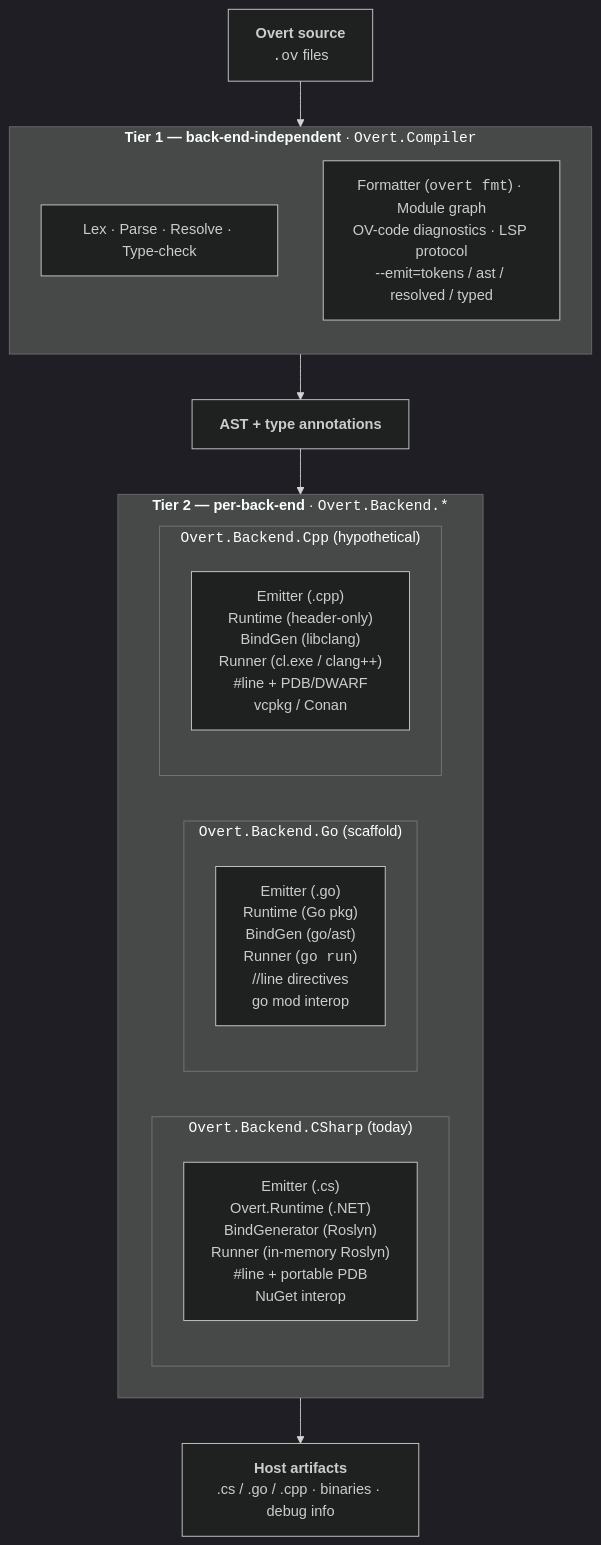
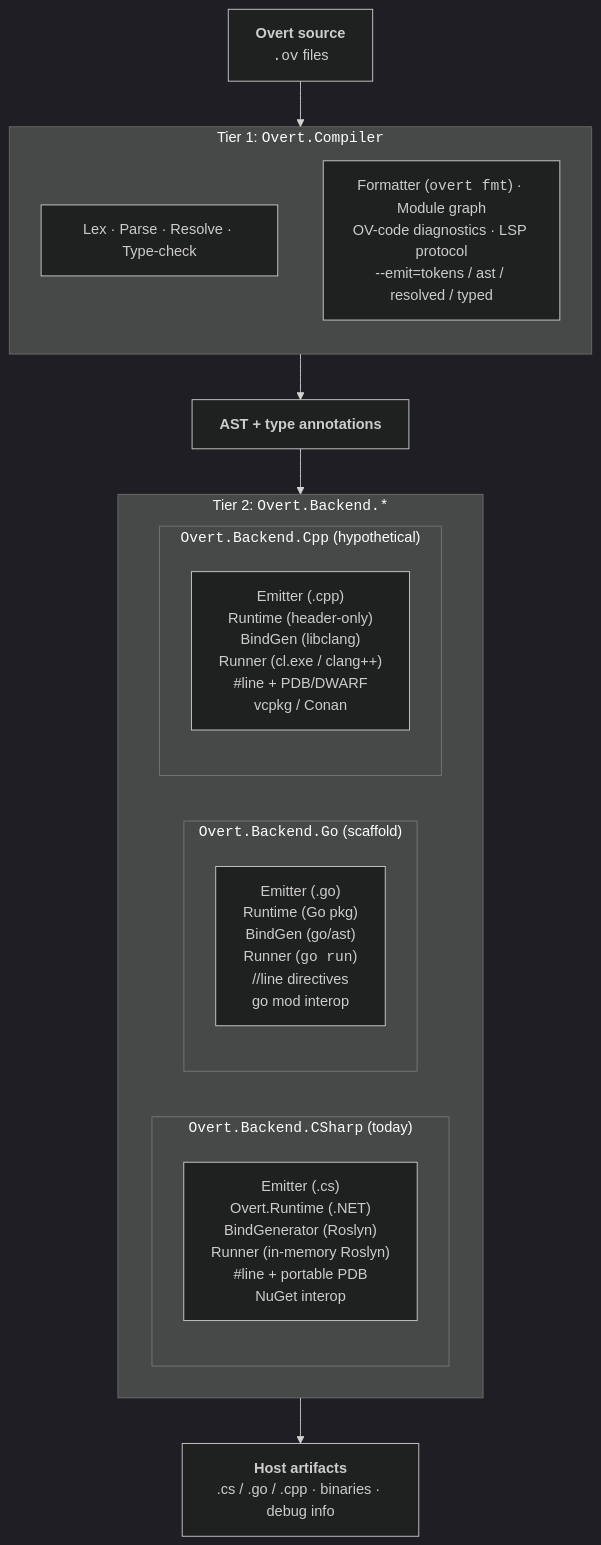
The diagram in DESIGN.md (paulmooreparks/Overt), drawn with Mermaid (dark theme) before and after one commit.

Commit message:
Prose sweep (batch 5): simplify tier subgraph titles in DESIGN §18
Drops the redundant "Tier 1 -- back-end-independent" / "Tier 2 --
per-back-end" phrasings from the tier-split mermaid diagram; the
surrounding prose already labels them that way, and the project
path below each title makes the scope obvious.

````diff
--- a/DESIGN.md
+++ b/DESIGN.md
@@ -1035,32 +1035,32 @@
 ```mermaid
 flowchart TB
     src["<b>Overt source</b><br/><code>.ov</code> files"]
 
-    subgraph tier1 ["<b>Tier 1 — back-end-independent</b> · <code>Overt.Compiler</code>"]
+    subgraph tier1 ["Tier 1: <code>Overt.Compiler</code>"]
         direction TB
         pipe["Lex · Parse · Resolve · Type-check"]
         shared["Formatter (<code>overt fmt</code>) · Module graph<br/>OV-code diagnostics · LSP protocol<br/>--emit=tokens / ast / resolved / typed"]
     end
 
     ast["<b>AST + type annotations</b>"]
 
-    subgraph tier2 ["<b>Tier 2 — per-back-end</b> · <code>Overt.Backend.*</code>"]
+    subgraph tier2 ["Tier 2: <code>Overt.Backend.*</code>"]
         direction LR
         subgraph cs ["<code>Overt.Backend.CSharp</code> (today)"]
             cs1["Emitter (.cs)<br/>Overt.Runtime (.NET)<br/>BindGenerator (Roslyn)<br/>Runner (in-memory Roslyn)<br/>#line + portable PDB<br/>NuGet interop"]
         end
         subgraph go ["<code>Overt.Backend.Go</code> (scaffold)"]
             go1["Emitter (.go)<br/>Runtime (Go pkg)<br/>BindGen (go/ast)<br/>Runner (<code>go run</code>)<br/>//line directives<br/>go mod interop"]
         end
         subgraph cpp ["<code>Overt.Backend.Cpp</code> (hypothetical)"]
             cpp1["Emitter (.cpp)<br/>Runtime (header-only)<br/>BindGen (libclang)<br/>Runner (cl.exe / clang++)<br/>#line + PDB/DWARF<br/>vcpkg / Conan"]
         end
     end
 
     host["<b>Host artifacts</b><br/>.cs / .go / .cpp · binaries · debug info"]
 
     src --> tier1
     tier1 --> ast
     ast --> tier2
     tier2 --> host
 ```
````
